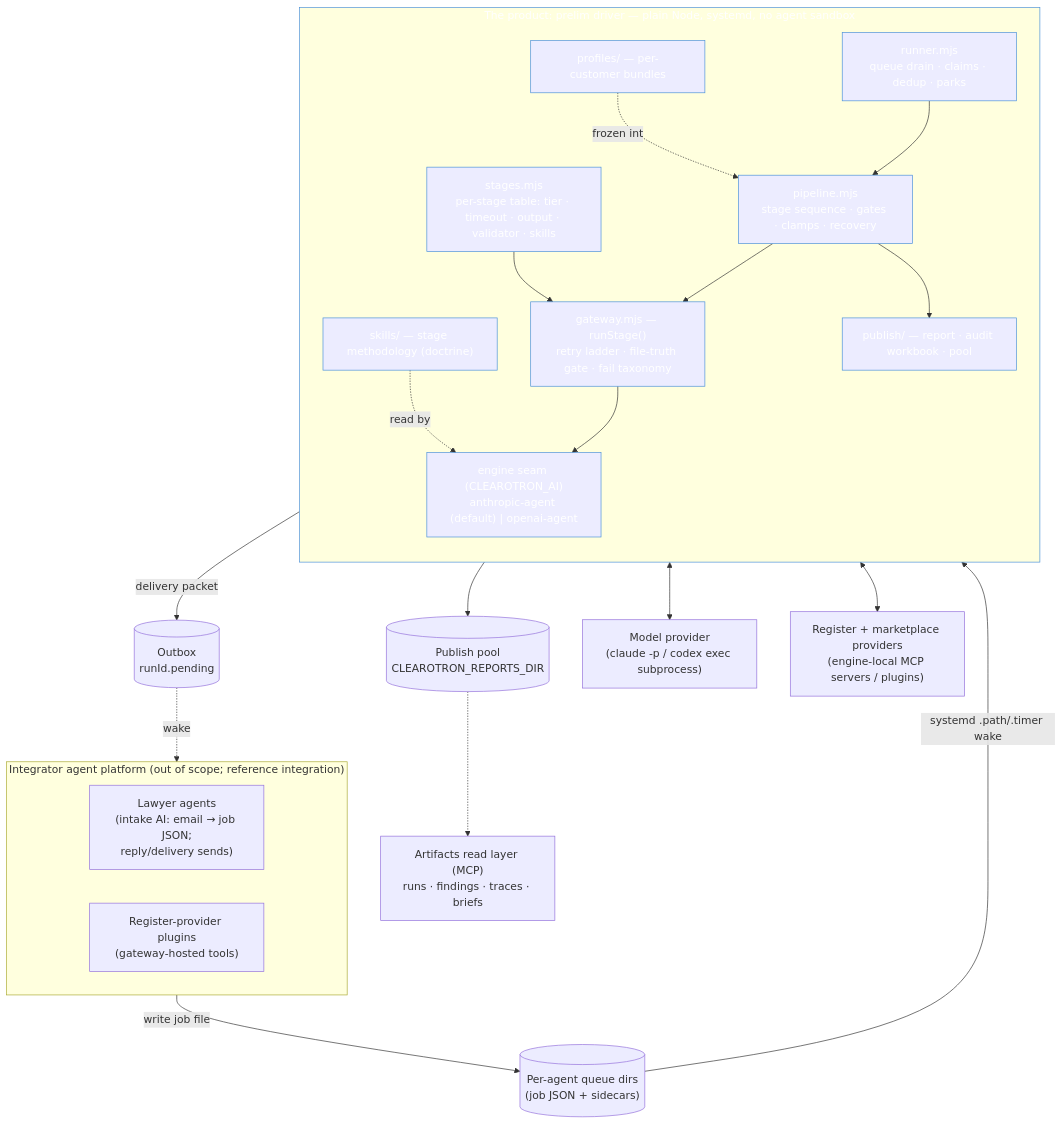
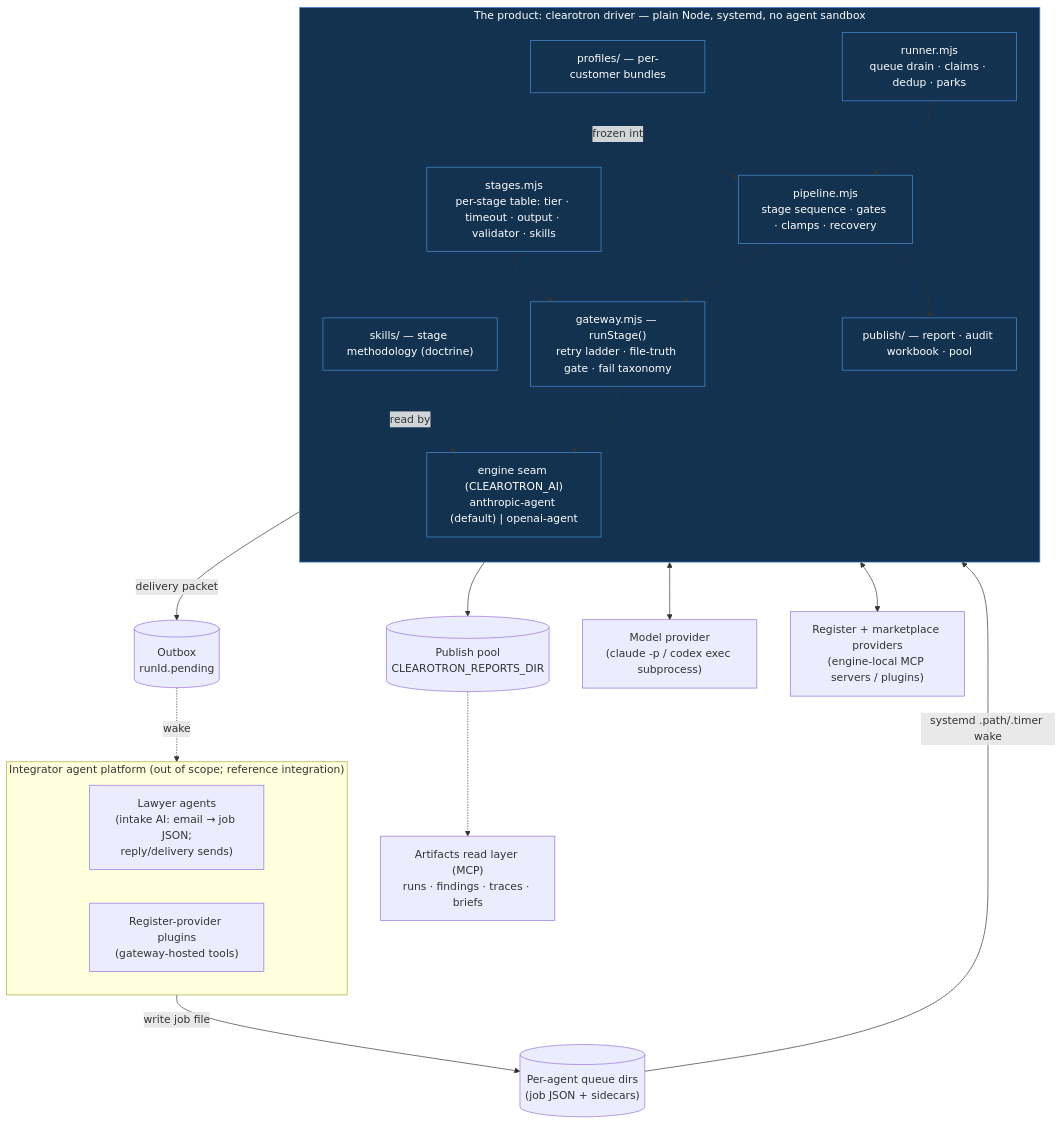
Before and after one commit to CordilleraSarl/clearotron: the first of 2 diagrams in docs/architecture/02-architecture.md, drawn with Mermaid. The commit also changed 252 other files, not shown here.

````diff
--- a/docs/architecture/02-architecture.md
+++ b/docs/architecture/02-architecture.md
@@ -43,44 +43,44 @@
 ```mermaid
 flowchart TB
     subgraph GW["Integrator agent platform (out of scope; reference integration)"]
         direction LR
         AG["Lawyer agents<br/>(intake AI: email → job JSON;<br/>reply/delivery sends)"]
         PL["Register-provider plugins<br/>(gateway-hosted tools)"]
     end
 
-    subgraph DRV["The product: prelim driver — plain Node, systemd, no agent sandbox"]
+    subgraph DRV["The product: clearotron driver — plain Node, systemd, no agent sandbox"]
         direction TB
         RUN["runner.mjs<br/>queue drain · claims · dedup · parks"]
         PIPE["pipeline.mjs<br/>stage sequence · gates · clamps · recovery"]
         STG["stages.mjs<br/>per-stage table: tier · timeout · output · validator · skills"]
         GWM["gateway.mjs — runStage()<br/>retry ladder · file-truth gate · fail taxonomy"]
         ENG["engine seam (CLEAROTRON_AI)<br/>anthropic-agent (default) | openai-agent"]
         SKL["skills/ — stage methodology (doctrine)"]
         PROF["profiles/ — per-customer bundles"]
         PUB["publish/ — report · audit workbook · pool"]
         RUN --> PIPE --> GWM --> ENG
         STG --> GWM
         SKL -.read by.-> ENG
         PROF -.frozen into.-> PIPE
         PIPE --> PUB
     end
 
     Q[("Per-agent queue dirs<br/>(job JSON + sidecars)")]
     POOL[("Publish pool<br/>CLEAROTRON_REPORTS_DIR")]
     OB[("Outbox<br/>runId.pending")]
     MODEL["Model provider<br/>(claude -p / codex exec subprocess)"]
     REG["Register + marketplace providers<br/>(engine-local MCP servers / plugins)"]
     MCPQ["Artifacts read layer (MCP)<br/>runs · findings · traces · briefs"]
 
     AG -- "write job file" --> Q
     Q -- "systemd .path/.timer wake" --> RUN
     ENG <--> MODEL
     ENG <--> REG
     PUB --> POOL
     PIPE -- "delivery packet" --> OB
     OB -. "wake" .-> AG
     POOL -.-> MCPQ
 
-    classDef product fill:tracker issue 12324f,stroke:#4a90d9,color:#fff
+    classDef product fill:#12324f,stroke:#4a90d9,color:#fff
     class DRV,RUN,PIPE,STG,GWM,ENG,SKL,PROF,PUB product
 ```
````
